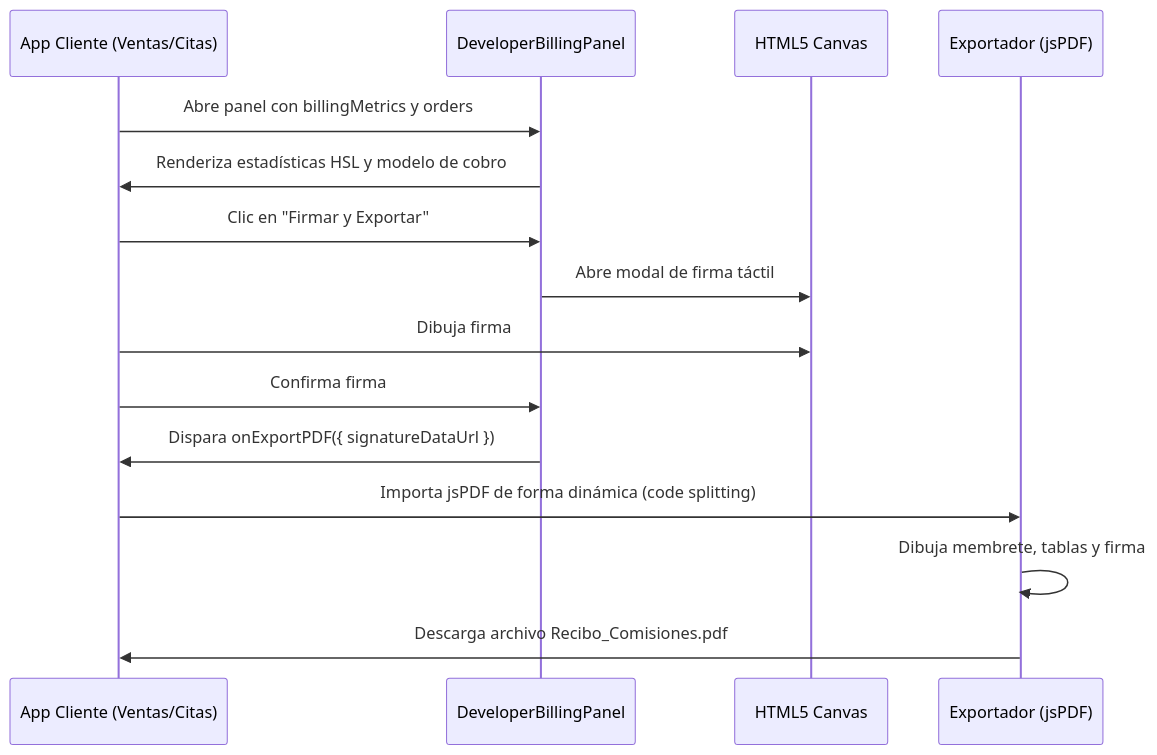
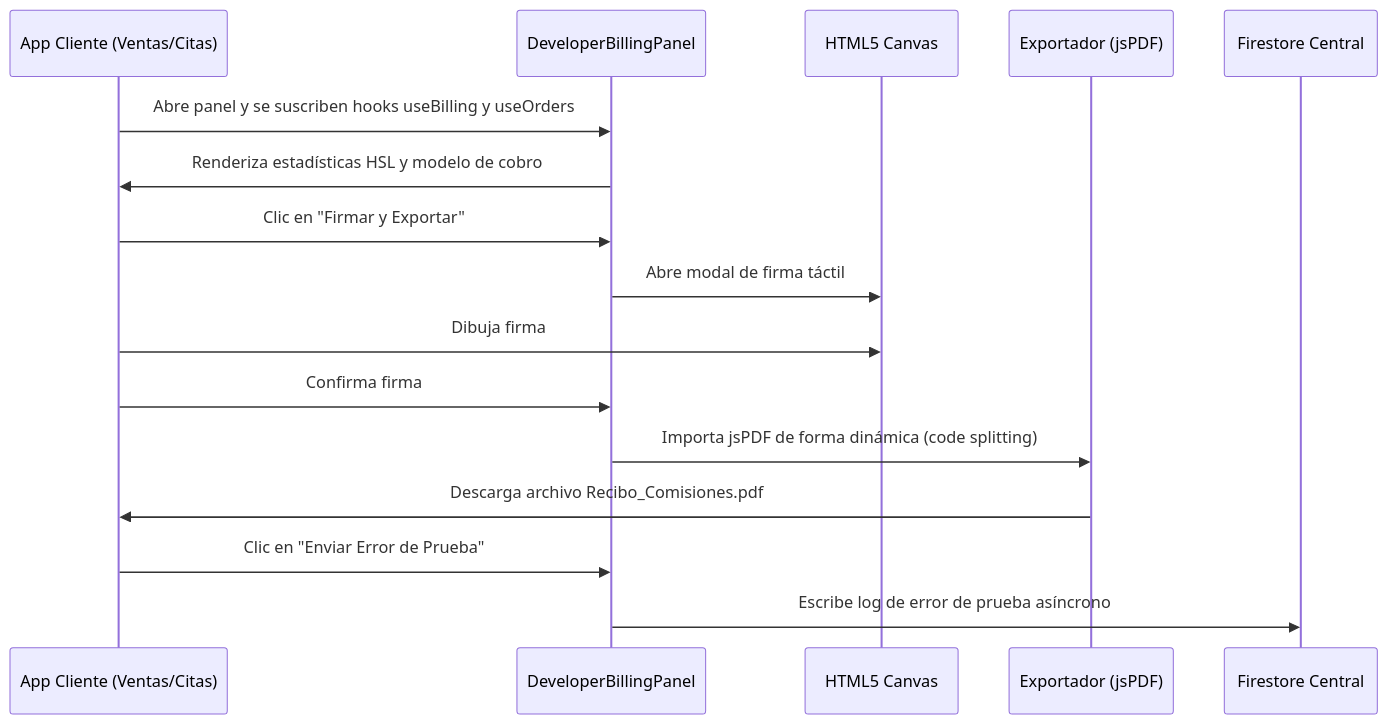
The diagram in Documentacion PROTOTIPE/06_Biblioteca_Componentes/00_Core_Ecosistema_Obligatorios/Facturacion_y_Firma_Digital/facturacion_y_firma_digital.md (DEVPROTOTIPE/PROTOTIPE), drawn with Mermaid before and after one commit. The commit also changed other lines of this file and 69 other files, not shown here.

````diff
--- a/Documentacion PROTOTIPE/06_Biblioteca_Componentes/00_Core_Ecosistema_Obligatorios/Facturacion_y_Firma_Digital/facturacion_y_firma_digital.md
+++ b/Documentacion PROTOTIPE/06_Biblioteca_Componentes/00_Core_Ecosistema_Obligatorios/Facturacion_y_Firma_Digital/facturacion_y_firma_digital.md
@@ -16,18 +17,19 @@
 ```mermaid
 sequenceDiagram
     participant Cliente as App Cliente (Ventas/Citas)
     participant Panel as DeveloperBillingPanel
     participant Canvas as HTML5 Canvas
     participant PDF as Exportador (jsPDF)
+    participant Central as Firestore Central
 
-    Cliente->>Panel: Abre panel con billingMetrics y orders
+    Cliente->>Panel: Abre panel y se suscriben hooks useBilling y useOrders
     Panel->>Cliente: Renderiza estadísticas HSL y modelo de cobro
     Cliente->>Panel: Clic en "Firmar y Exportar"
     Panel->>Canvas: Abre modal de firma táctil
     Cliente->>Canvas: Dibuja firma
     Cliente->>Panel: Confirma firma
-    Panel->>Cliente: Dispara onExportPDF({ signatureDataUrl })
-    Cliente->>PDF: Importa jsPDF de forma dinámica (code splitting)
-    PDF->>PDF: Dibuja membrete, tablas y firma
+    Panel->>PDF: Importa jsPDF de forma dinámica (code splitting)
     PDF->>Cliente: Descarga archivo Recibo_Comisiones.pdf
+    Cliente->>Panel: Clic en "Enviar Error de Prueba"
+    Panel->>Central: Escribe log de error de prueba asíncrono
 ```
````
